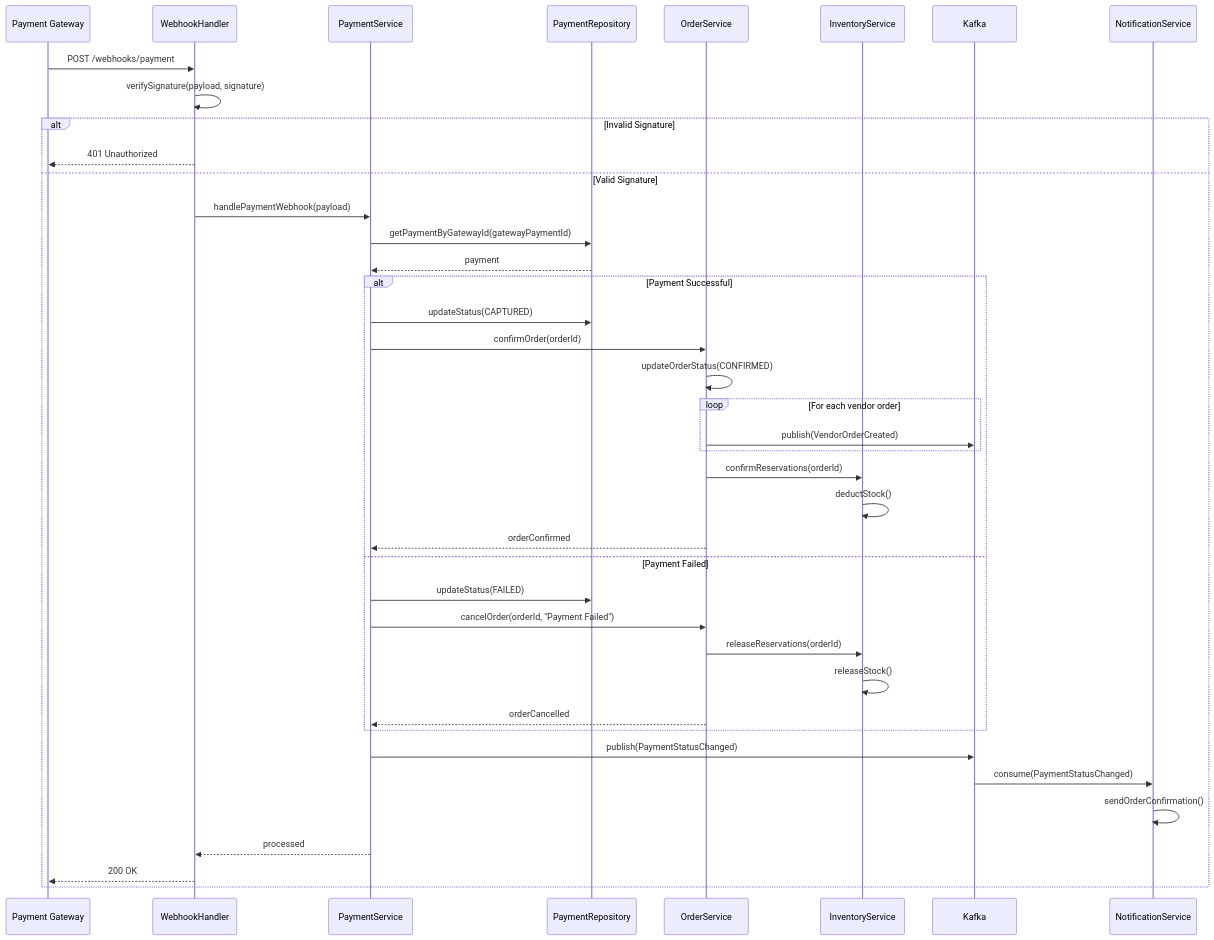
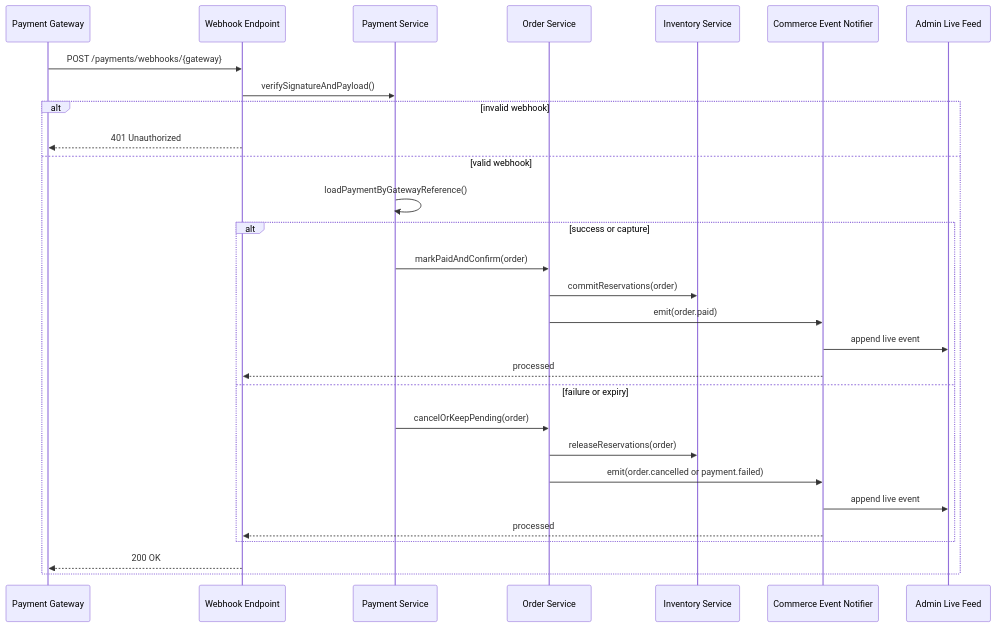
Before and after one commit to 0Ankit0/e-commerce: the second of 6 diagrams in docs/system-design/detailed-design/sequence-diagrams.md, drawn with Mermaid. The commit also changed other lines of this file and 24 other files, not shown here.

````diff
--- a/docs/system-design/detailed-design/sequence-diagrams.md
+++ b/docs/system-design/detailed-design/sequence-diagrams.md
@@ -83,55 +59,35 @@
 ```mermaid
 sequenceDiagram
     participant Gateway as Payment Gateway
-    participant Webhook as WebhookHandler
-    participant PaymentSvc as PaymentService
-    participant PaymentRepo as PaymentRepository
-    participant OrderSvc as OrderService
-    participant InventorySvc as InventoryService
-    participant EventBus as Kafka
-    participant NotifSvc as NotificationService
+    participant Webhook as Webhook Endpoint
+    participant Pay as Payment Service
+    participant Orders as Order Service
+    participant Inventory as Inventory Service
+    participant Notify as Commerce Event Notifier
+    participant Feed as Admin Live Feed
 
-    Gateway->>Webhook: POST /webhooks/payment
-    Webhook->>Webhook: verifySignature(payload, signature)
+    Gateway->>Webhook: POST /payments/webhooks/{gateway}
+    Webhook->>Pay: verifySignatureAndPayload()
 
-    alt Invalid Signature
+    alt invalid webhook
         Webhook-->>Gateway: 401 Unauthorized
-    else Valid Signature
-        Webhook->>PaymentSvc: handlePaymentWebhook(payload)
+    else valid webhook
+        Pay->>Pay: loadPaymentByGatewayReference()
 
-        PaymentSvc->>PaymentRepo: getPaymentByGatewayId(gatewayPaymentId)
-        PaymentRepo-->>PaymentSvc: payment
-
-        alt Payment Successful
-            PaymentSvc->>PaymentRepo: updateStatus(CAPTURED)
-            PaymentSvc->>OrderSvc: confirmOrder(orderId)
-
-            OrderSvc->>OrderSvc: updateOrderStatus(CONFIRMED)
-
-            loop For each vendor order
-                OrderSvc->>EventBus: publish(VendorOrderCreated)
-            end
-
-            OrderSvc->>InventorySvc: confirmReservations(orderId)
-            InventorySvc->>InventorySvc: deductStock()
-
-            OrderSvc-->>PaymentSvc: orderConfirmed
-
-        else Payment Failed
-            PaymentSvc->>PaymentRepo: updateStatus(FAILED)
-            PaymentSvc->>OrderSvc: cancelOrder(orderId, "Payment Failed")
-
-            OrderSvc->>InventorySvc: releaseReservations(orderId)
-            InventorySvc->>InventorySvc: releaseStock()
-
-            OrderSvc-->>PaymentSvc: orderCancelled
+        alt success or capture
+            Pay->>Orders: markPaidAndConfirm(order)
+            Orders->>Inventory: commitReservations(order)
+            Orders->>Notify: emit(order.paid)
+            Notify->>Feed: append live event
+            Notify-->>Webhook: processed
+        else failure or expiry
+            Pay->>Orders: cancelOrKeepPending(order)
+            Orders->>Inventory: releaseReservations(order)
+            Orders->>Notify: emit(order.cancelled or payment.failed)
+            Notify->>Feed: append live event
+            Notify-->>Webhook: processed
         end
 
-        PaymentSvc->>EventBus: publish(PaymentStatusChanged)
-        EventBus->>NotifSvc: consume(PaymentStatusChanged)
-        NotifSvc->>NotifSvc: sendOrderConfirmation()
-
-        PaymentSvc-->>Webhook: processed
         Webhook-->>Gateway: 200 OK
     end
 ```
````
